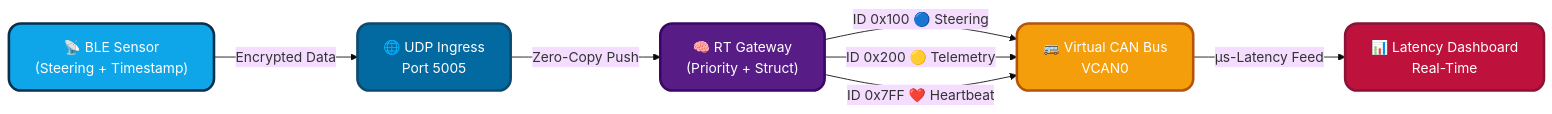
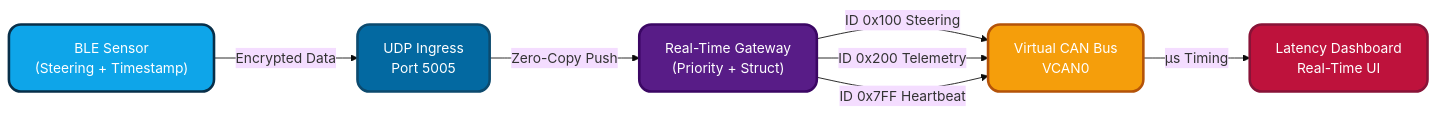
One commit to dhakarshailendra829/AegisCAN-RT changed the diagram in README.md. Above: the diagram before and after it, drawn with Mermaid (base theme). The commit also changed other lines of this file, not shown here.

````diff
--- a/README.md
+++ b/README.md
@@ -47,21 +39,21 @@
 ```mermaid
 flowchart LR
-    BLE["📡 BLE Sensor\n(Steering + Timestamp)"]
-    UDP["🌐 UDP Ingress\nPort 5005"]
-    GW["🧠 RT Gateway\n(Priority + Struct)"]
-    CAN["🚌 Virtual CAN Bus\nVCAN0"]
-    HMI["📊 Latency Dashboard\nReal-Time"]
+    BLE[" BLE Sensor\n(Steering + Timestamp)"]
+    UDP[" UDP Ingress\nPort 5005"]
+    GW[" Real-Time Gateway\n(Priority + Struct)"]
+    CAN[" Virtual CAN Bus\nVCAN0"]
+    HMI[" Latency Dashboard\nReal-Time UI"]
 
     BLE -- Encrypted Data --> UDP
     UDP -- Zero-Copy Push --> GW
-    GW -- ID 0x100 🔵 Steering --> CAN
-    GW -- ID 0x200 🟡 Telemetry --> CAN
-    GW -- ID 0x7FF ❤️ Heartbeat --> CAN
-    CAN -- µs-Latency Feed --> HMI
+    GW -- ID 0x100  Steering --> CAN
+    GW -- ID 0x200  Telemetry --> CAN
+    GW -- ID 0x7FF  Heartbeat --> CAN
+    CAN -- µs Timing --> HMI
 
     style BLE fill:#0ea5e9,stroke:#082f49,stroke-width:3px,color:#fff,rx:14
     style UDP fill:#0369a1,stroke:#0c4a6e,stroke-width:3px,color:#fff,rx:14
     style GW fill:#581c87,stroke:#3b0764,stroke-width:3px,color:#fff,rx:14
     style CAN fill:#f59e0b,stroke:#b45309,stroke-width:3px,color:#fff,rx:14
     style HMI fill:#be123c,stroke:#881337,stroke-width:3px,color:#fff,rx:14
 ```
````
